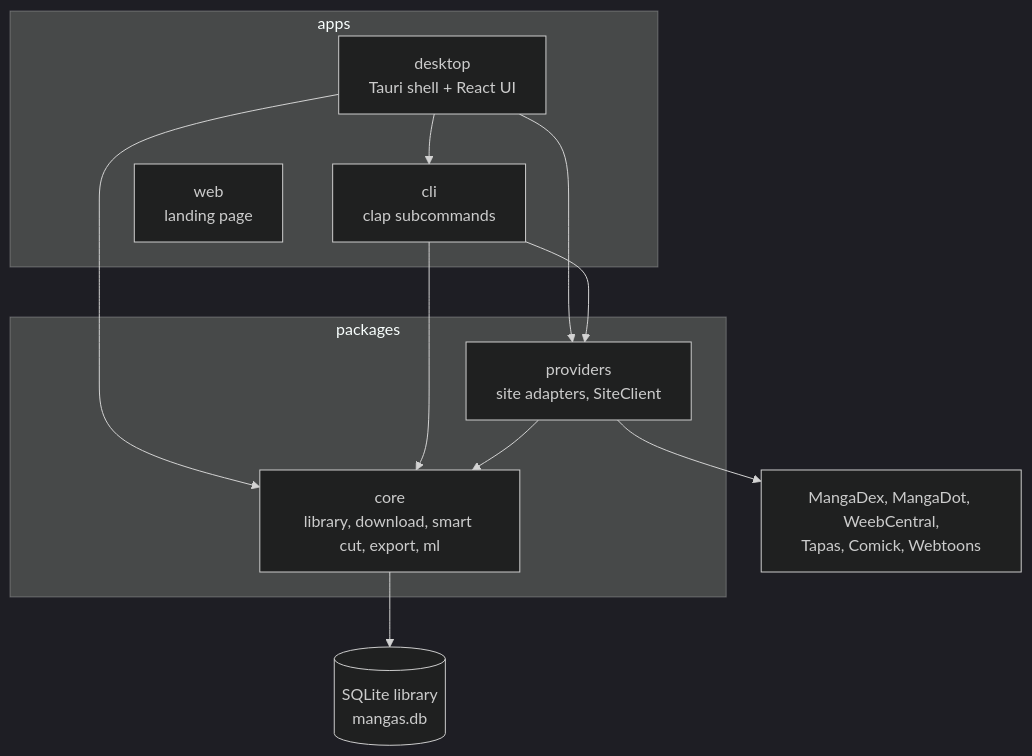
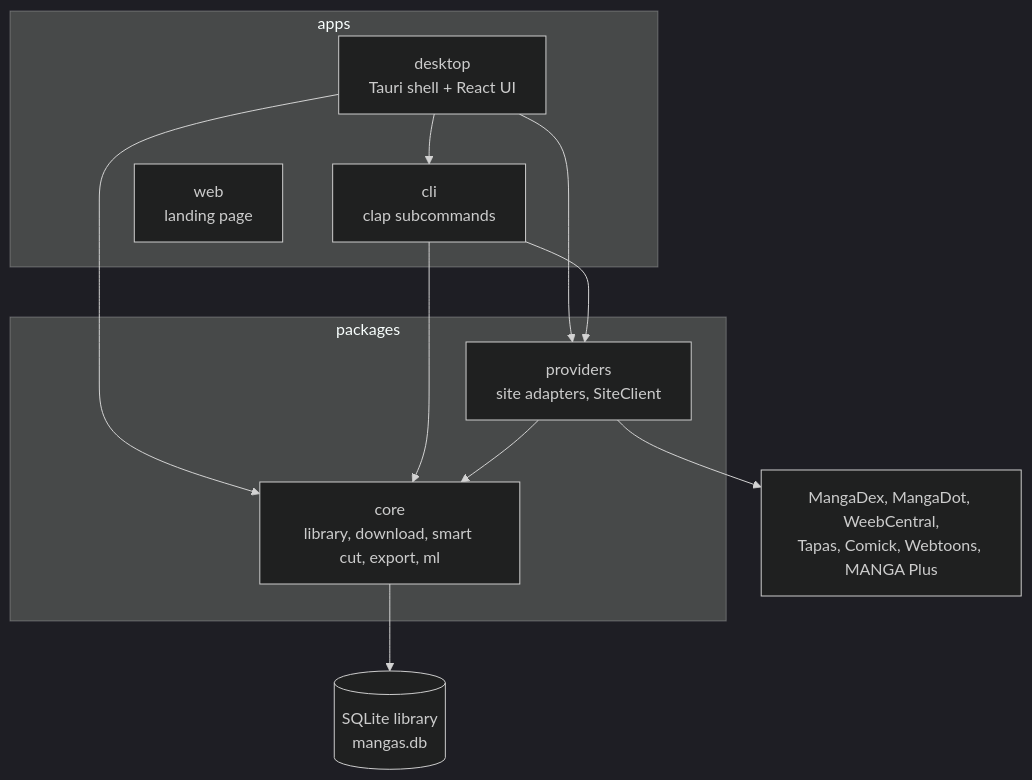
Before and after one commit to kerbaras/mangas: the diagram in README.md, drawn with Mermaid (dark theme). The commit also changed other lines of this file and 44 other files, not shown here.

First line of the commit message:
feat(providers): add MANGA Plus (protobuf API, XOR-encrypted pages) (#308)

````diff
--- a/README.md
+++ b/README.md
@@ -163,24 +164,24 @@
 ```mermaid
 graph TB
     subgraph "apps"
         D["desktop<br/>Tauri shell + React UI"]
         C["cli<br/>clap subcommands"]
         W["web<br/>landing page"]
     end
 
     subgraph "packages"
         P["providers<br/>site adapters, SiteClient"]
         K["core<br/>library, download, smart cut, export, ml"]
     end
 
     S[("SQLite library<br/>mangas.db")]
-    X["MangaDex, MangaDot, WeebCentral,<br/>Tapas, Comick, Webtoons"]
+    X["MangaDex, MangaDot, WeebCentral,<br/>Tapas, Comick, Webtoons, MANGA Plus"]
 
     D --> C
     D --> P
     C --> P
     D & C --> K
     P --> K
     P --> X
     K --> S
 ```
````
